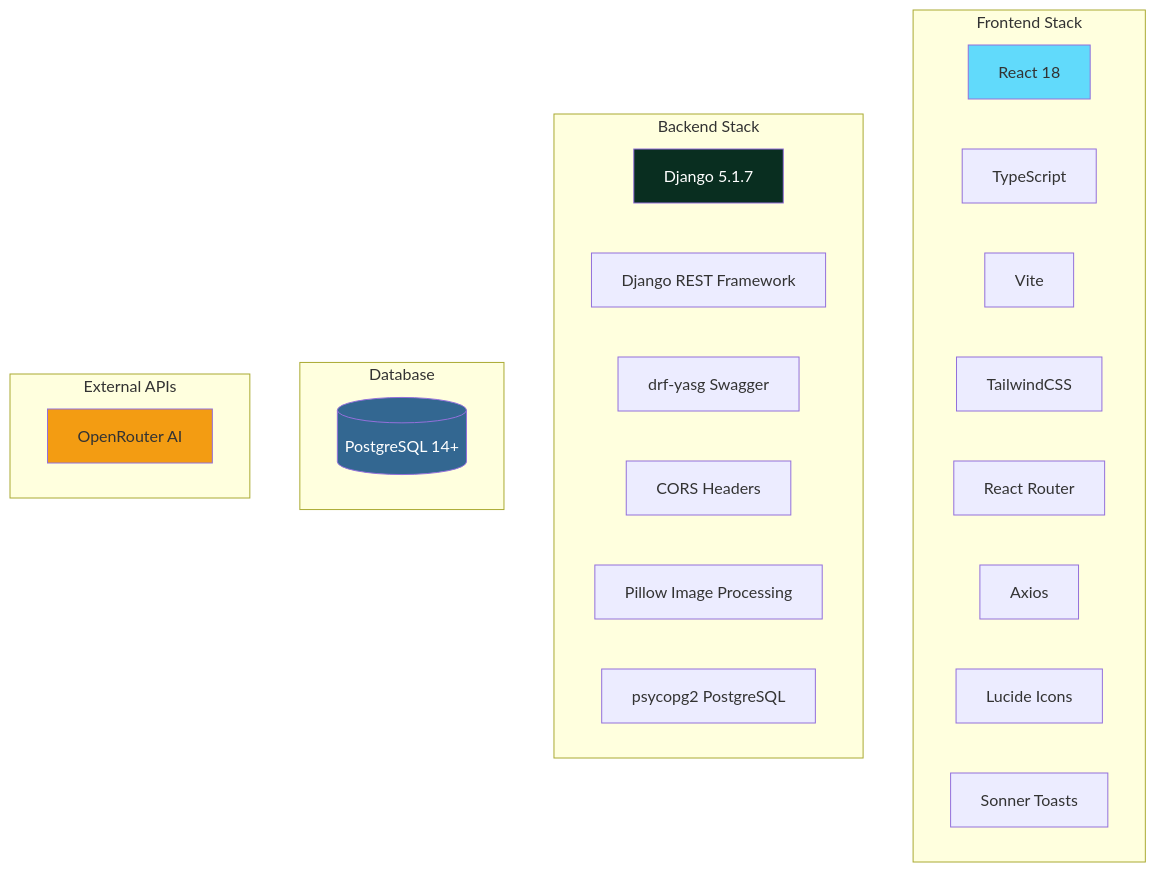
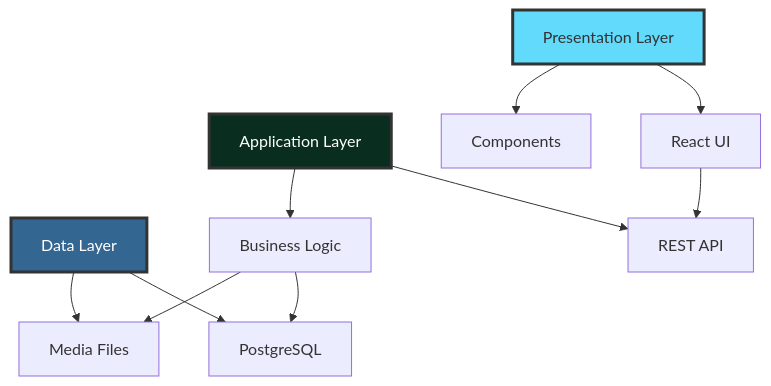
One commit to Zero123-star/JunoChat changed the ninth of 10 diagrams in DIAGRAM.md. Above: the diagram before and after it, drawn with Mermaid. The commit also changed other lines of this file, not shown here.

First line of the commit message:
Simplify UML diagrams for better readability

````diff
--- a/DIAGRAM.md
+++ b/DIAGRAM.md
@@ -338,35 +242,23 @@
 ```mermaid
-graph TB
-    subgraph "Frontend Stack"
-        A1[React 18]
-        A2[TypeScript]
-        A3[Vite]
-        A4[TailwindCSS]
-        A5[React Router]
-        A6[Axios]
-        A7[Lucide Icons]
-        A8[Sonner Toasts]
-    end
+graph TD
+    A[Presentation Layer]
+    B[Application Layer]
+    C[Data Layer]
     
-    subgraph "Backend Stack"
-        B1[Django 5.1.7]
-        B2[Django REST Framework]
-        B3[drf-yasg Swagger]
-        B4[CORS Headers]
-        B5[Pillow Image Processing]
-        B6[psycopg2 PostgreSQL]
-    end
+    A --> A1[React UI]
+    A --> A2[Components]
     
-    subgraph "Database"
-        C1[(PostgreSQL 14+)]
-    end
+    B --> B1[REST API]
+    B --> B2[Business Logic]
     
-    subgraph "External APIs"
-        D1[OpenRouter AI]
-    end
+    C --> C1[PostgreSQL]
+    C --> C2[Media Files]
     
-    style A1 fill:#61dafb
-    style B1 fill:#092e20,color:#fff
-    style C1 fill:#336791,color:#fff
-    style D1 fill:#f39c12
+    A1 --> B1
+    B2 --> C1
+    B2 --> C2
+    
+    style A fill:#61dafb,stroke:#333,stroke-width:3px
+    style B fill:#092e20,stroke:#333,stroke-width:3px,color:#fff
+    style C fill:#336791,stroke:#333,stroke-width:3px,color:#fff
 ```
````
